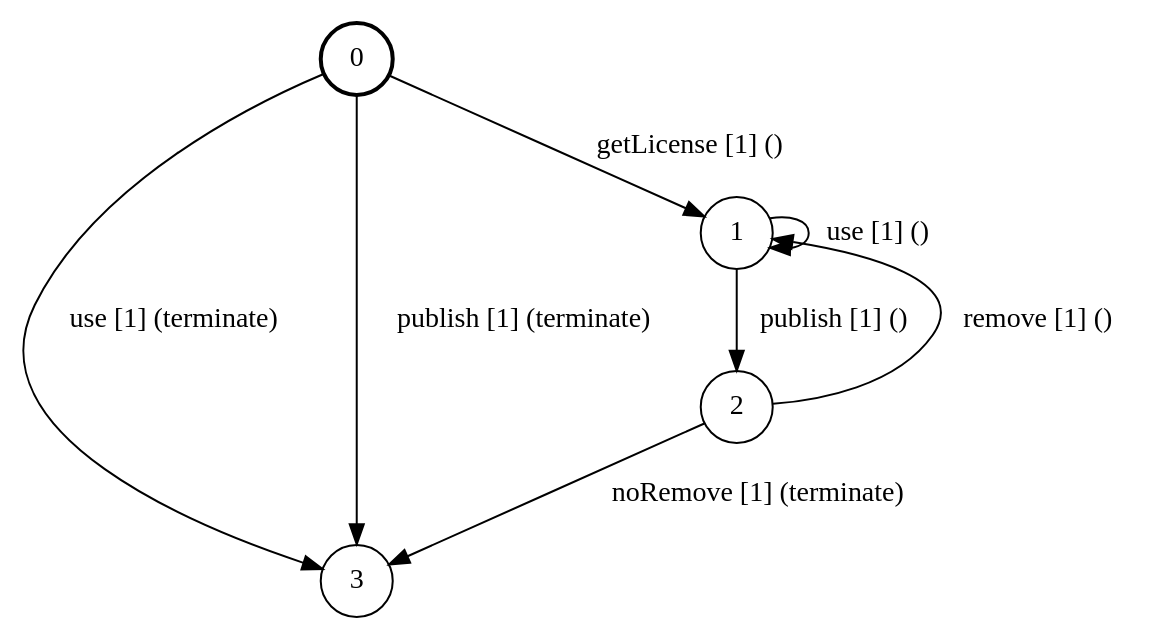
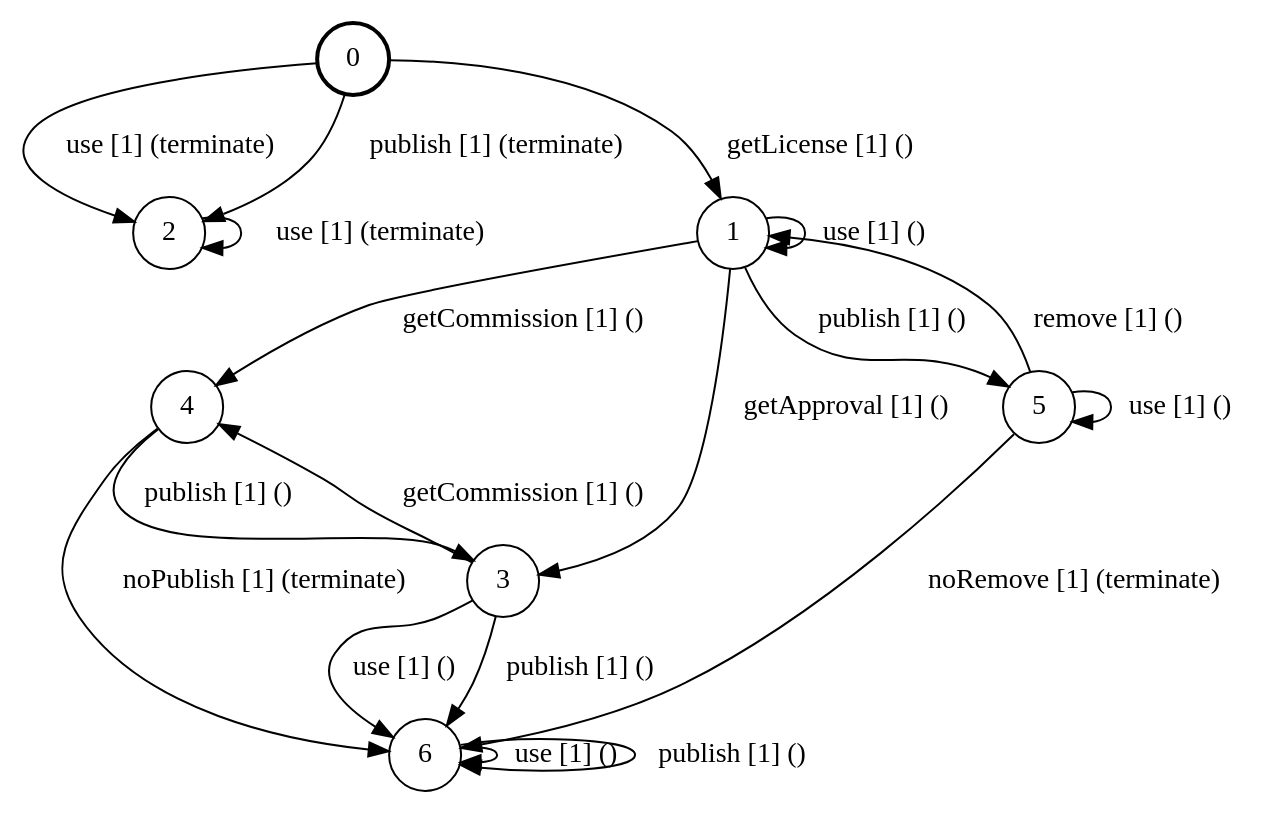
One commit to d-suvorov/sc-gen changed the diagram in license/license.dot. Above: the diagram before and after it, drawn with Graphviz. The commit also changed 4 other files, not shown here.

```diff
--- a/license/license.dot
+++ b/license/license.dot
@@ -1,11 +1,24 @@
+# generated file, don't try to modify
+# command: dot -Tpng <filename> > tree.png
 digraph Automaton {
     node [shape = circle];
     0 [style = "bold"];
-    0 -> 3 [label = "use [1] (terminate) "];
+    0 -> 2 [label = "use [1] (terminate) "];
     0 -> 1 [label = "getLicense [1] () "];
-    0 -> 3 [label = "publish [1] (terminate) "];
+    0 -> 2 [label = "publish [1] (terminate) "];
+    1 -> 4 [label = "getCommission [1] () "];
     1 -> 1 [label = "use [1] () "];
-    1 -> 2 [label = "publish [1] () "];
-    2 -> 3 [label = "noRemove [1] (terminate) "];
-    2 -> 1 [label = "remove [1] () "];
+    1 -> 3 [label = "getApproval [1] () "];
+    1 -> 5 [label = "publish [1] () "];
+    2 -> 2 [label = "use [1] (terminate) "];
+    3 -> 4 [label = "getCommission [1] () "];
+    3 -> 6 [label = "use [1] () "];
+    3 -> 6 [label = "publish [1] () "];
+    4 -> 6 [label = "noPublish [1] (terminate) "];
+    4 -> 3 [label = "publish [1] () "];
+    5 -> 6 [label = "noRemove [1] (terminate) "];
+    5 -> 5 [label = "use [1] () "];
+    5 -> 1 [label = "remove [1] () "];
+    6 -> 6 [label = "use [1] () "];
+    6 -> 6 [label = "publish [1] () "];
 }
```
